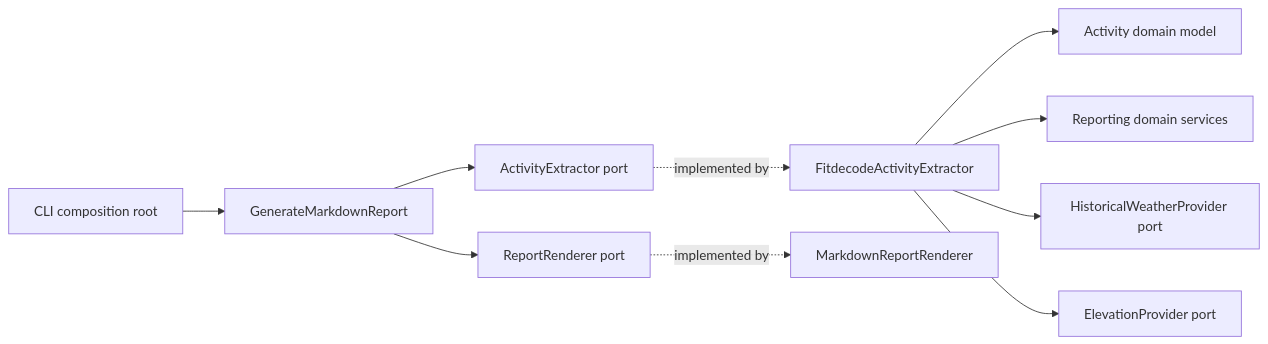
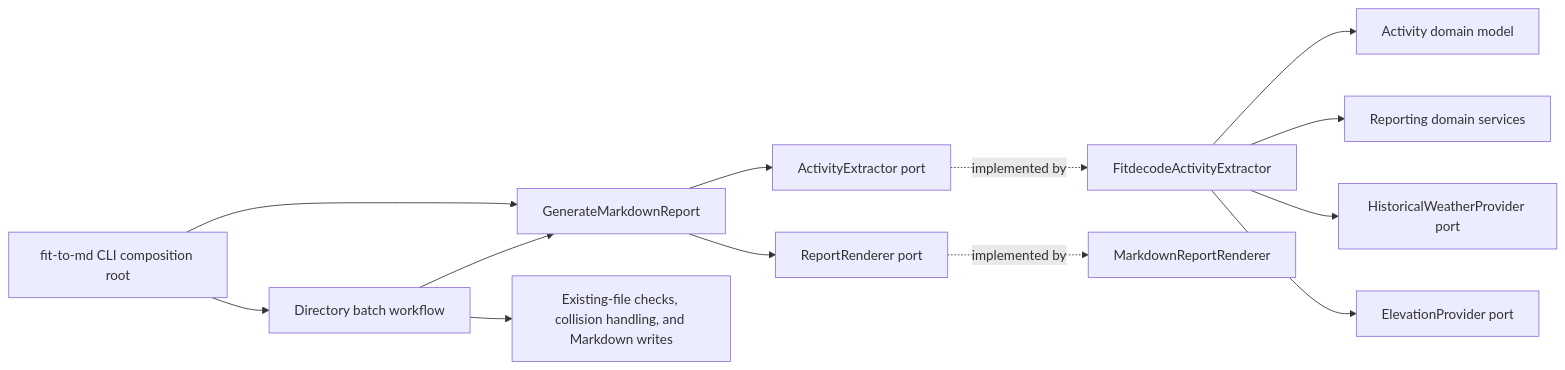
Before and after one commit to andre-bazaille/fitToMd: the first of 2 diagrams in docs/architecture.md, drawn with Mermaid. The commit also changed other lines of this file and 7 other files, not shown here.

Commit message:
refacto: improve architecture - expand architecture guide - strenghten enforcement across domain - explicit typed elevation progress & usage reporting

````diff
--- a/docs/architecture.md
+++ b/docs/architecture.md
@@ -28,12 +54,15 @@
 ```mermaid
 flowchart LR
-    CLI[CLI composition root] --> APP[GenerateMarkdownReport]
+    CLI[fit-to-md CLI composition root] --> BATCH[Directory batch workflow]
+    CLI --> APP[GenerateMarkdownReport]
+    BATCH --> APP
+    BATCH --> FILES[Existing-file checks, collision handling, and Markdown writes]
     APP --> EXTRACTOR[ActivityExtractor port]
     APP --> RENDERER[ReportRenderer port]
     EXTRACTOR -. implemented by .-> FIT[FitdecodeActivityExtractor]
     RENDERER -. implemented by .-> MD[MarkdownReportRenderer]
     FIT --> ACTIVITY[Activity domain model]
     FIT --> SERVICES[Reporting domain services]
     FIT --> WEATHER[HistoricalWeatherProvider port]
     FIT --> ELEVATION[ElevationProvider port]
 ```
````
